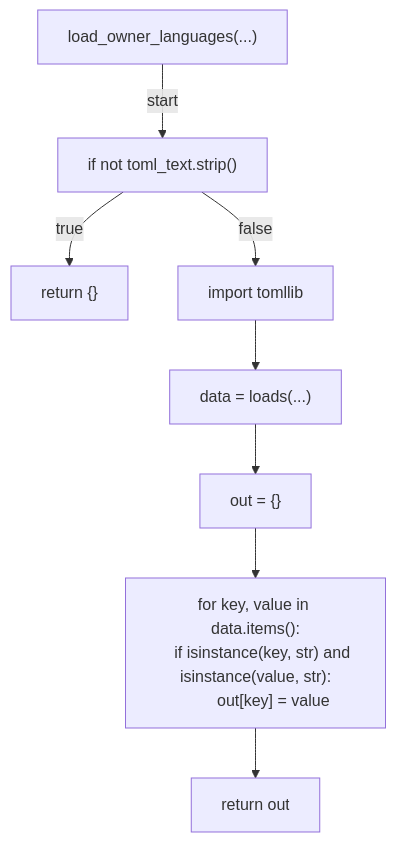
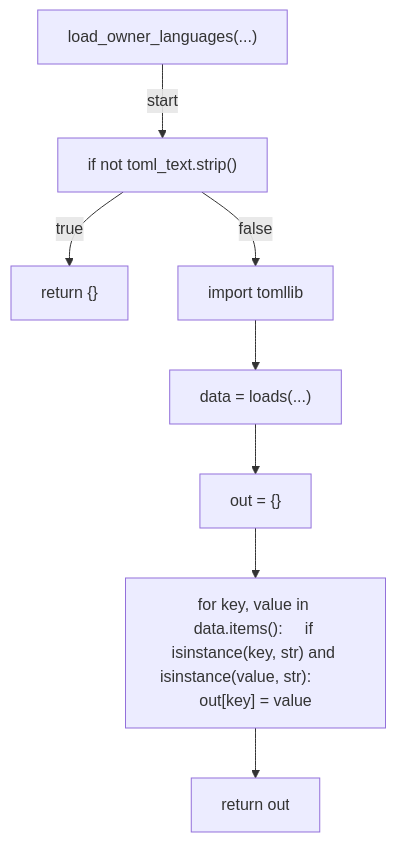
The third of 9 diagrams in docs/generated/scripts/ast/plan_language_context.md (tvna/claude-md), drawn with Mermaid before and after one commit. The commit also changed other lines of this file and 30 other files, not shown here.

First line of the commit message:
docs(generated): regenerate decision tree and workflow diagrams (batch 2/5)

````diff
--- a/docs/generated/scripts/ast/plan_language_context.md
+++ b/docs/generated/scripts/ast/plan_language_context.md
@@ -58,20 +43,18 @@
 ```mermaid
 flowchart TD
     N001["load_owner_languages(...)"]
     N002["if not toml_text.strip()"]
     N003["return {}"]
     N004["import tomllib"]
     N005["data = loads(...)"]
     N006["out = {}"]
-    N007["for key, value in data.items():
-    if isinstance(key, str) and isinstance(value, str):
-        out[key] = value"]
+    N007["for key, value in data.items():     if isinstance(key, str) and isinstance(value, str):         out[key] = value"]
     N008["return out"]
     N001 -->|"start"| N002
     N002 -->|"true"| N003
     N002 -->|"false"| N004
     N004 --> N005
     N005 --> N006
     N006 --> N007
     N007 --> N008
 ```
````
